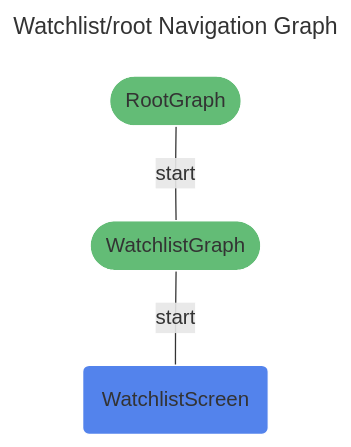
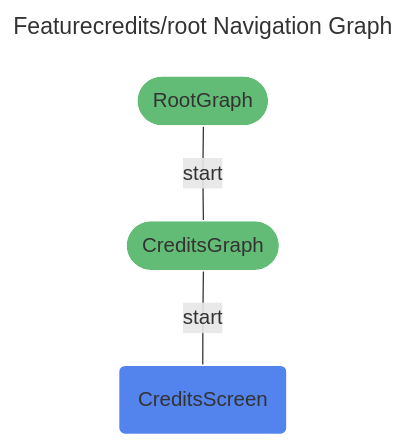
One commit to Divinelink/scenepeek-android changed the diagram in docs/RootNavGraph.mmd. Above: the diagram before and after it, drawn with Mermaid. The commit also changed 12 other files, not shown here.

```diff
--- a/docs/RootNavGraph.mmd
+++ b/docs/RootNavGraph.mmd
@@ -1,13 +1,13 @@
 ---
-title: Watchlist/root Navigation Graph
+title: Featurecredits/root Navigation Graph
 ---
 %%{init: {'theme':'base', 'themeVariables': { 'primaryTextColor': '#fff' }}%%
 graph TD
-watchlist/root(["RootGraph"]) -- "start" --- watchlist/watchlist(["WatchlistGraph"])
-watchlist/watchlist(["WatchlistGraph"]) -- "start" --- watchlist/watchlist_screen("WatchlistScreen")
+featurecredits/root(["RootGraph"]) -- "start" --- featurecredits/credits(["CreditsGraph"])
+featurecredits/credits(["CreditsGraph"]) -- "start" --- featurecredits/credits_screen("CreditsScreen")
 
 
 classDef destination fill:#5383EC,stroke:#ffffff;
-class watchlist/watchlist_screen destination;
+class featurecredits/credits_screen destination;
 classDef navgraph fill:#63BC76,stroke:#ffffff;
-class watchlist/watchlist,watchlist/root,watchlist/watchlist navgraph;
+class featurecredits/credits,featurecredits/root,featurecredits/credits navgraph;
```
